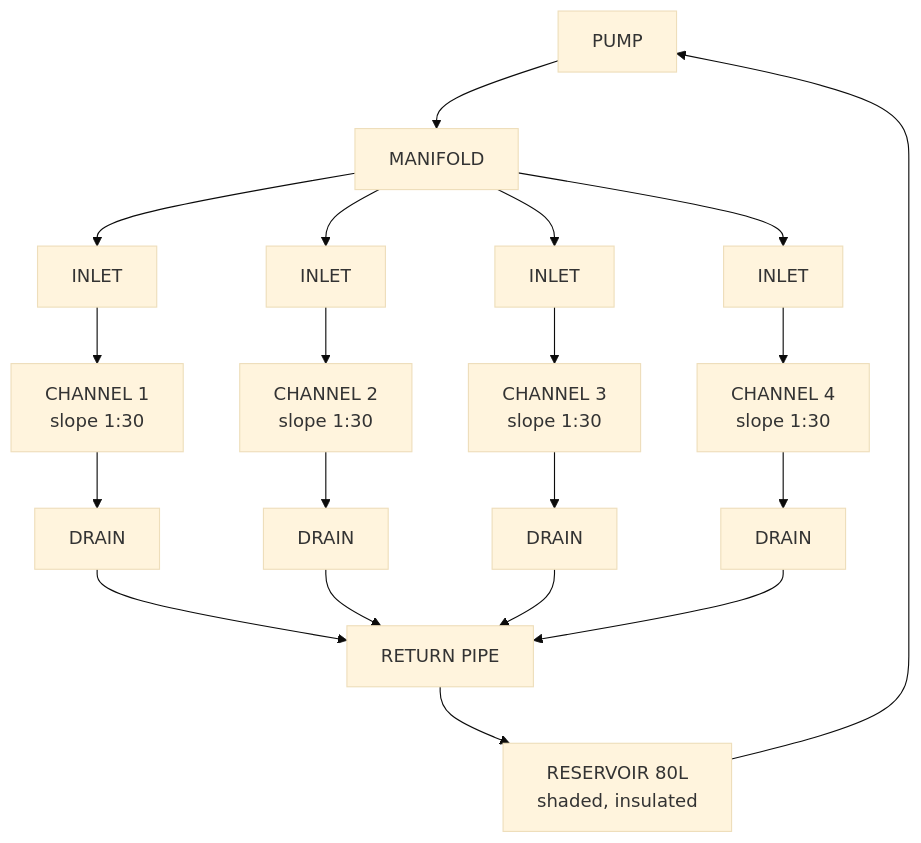
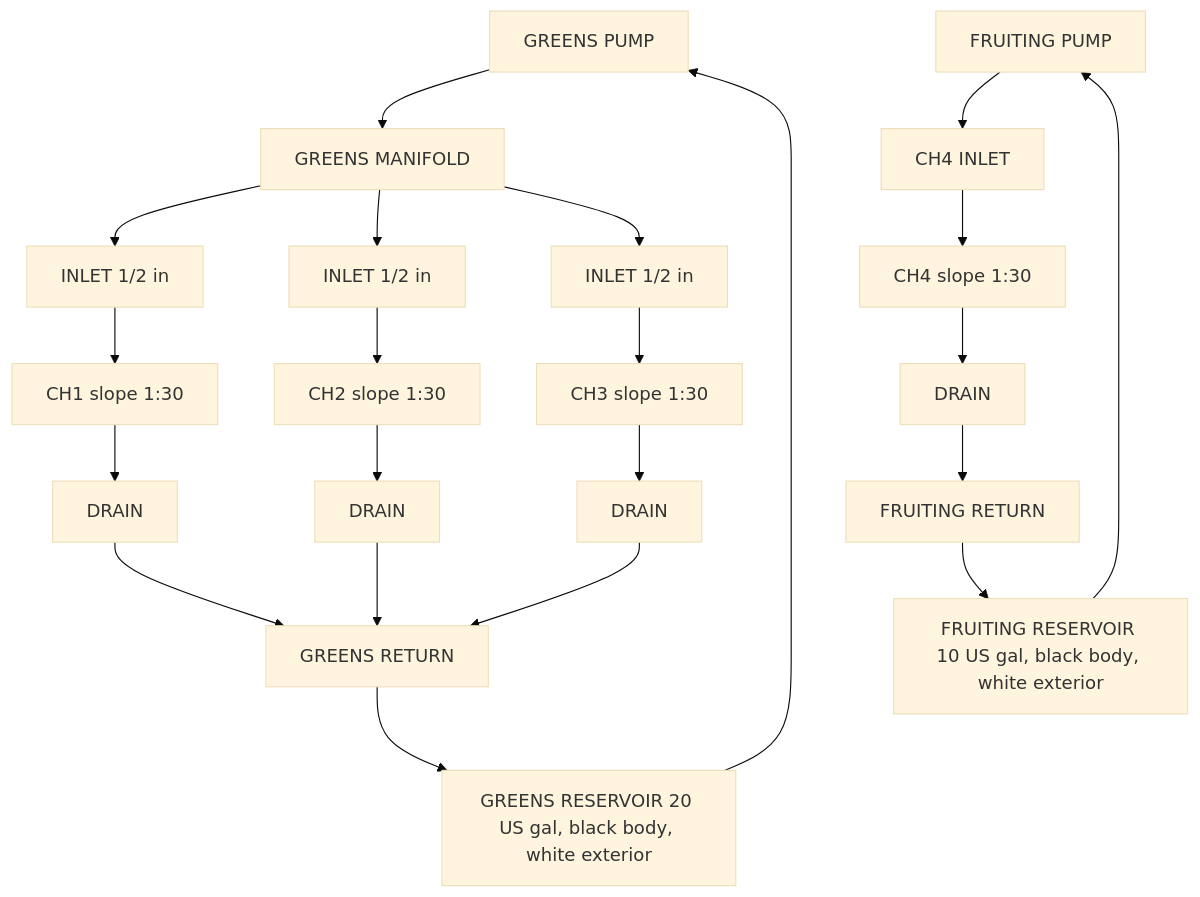
The second of 2 diagrams in guide/nft/00-system-overview.md (UncleJS/guide_hydroponics), drawn with Mermaid (base theme) before and after one commit. The commit also changed other lines of this file and 35 other files, not shown here.

````diff
--- a/guide/nft/00-system-overview.md
+++ b/guide/nft/00-system-overview.md
@@ -125,11 +153,16 @@
 ```mermaid
 flowchart TD
-    PUMP["PUMP"] --> MAN["MANIFOLD"]
-    MAN --> IN1["INLET"] --> CH1["CHANNEL 1<br/>slope 1:30"] --> DR1["DRAIN"]
-    MAN --> IN2["INLET"] --> CH2["CHANNEL 2<br/>slope 1:30"] --> DR2["DRAIN"]
-    MAN --> IN3["INLET"] --> CH3["CHANNEL 3<br/>slope 1:30"] --> DR3["DRAIN"]
-    MAN --> IN4["INLET"] --> CH4["CHANNEL 4<br/>slope 1:30"] --> DR4["DRAIN"]
-    DR1 & DR2 & DR3 & DR4 --> RP["RETURN PIPE"]
-    RP --> RES["RESERVOIR 80L<br/>shaded, insulated"]
-    RES --> PUMP
+    PUMPG["GREENS PUMP"] --> MANG["GREENS MANIFOLD"]
+    MANG --> IN1["INLET 1/2 in"] --> CH1["CH1 slope 1:30"] --> DR1["DRAIN"]
+    MANG --> IN2["INLET 1/2 in"] --> CH2["CH2 slope 1:30"] --> DR2["DRAIN"]
+    MANG --> IN3["INLET 1/2 in"] --> CH3["CH3 slope 1:30"] --> DR3["DRAIN"]
+    DR1 --> RPG["GREENS RETURN"]
+    DR2 --> RPG
+    DR3 --> RPG
+    RPG --> RESG["GREENS RESERVOIR 20 US gal, black body, white exterior"]
+    RESG --> PUMPG
+    PUMPF["FRUITING PUMP"] --> IN4["CH4 INLET"] --> CH4["CH4 slope 1:30"] --> DR4["DRAIN"]
+    DR4 --> RPF["FRUITING RETURN"]
+    RPF --> RESF["FRUITING RESERVOIR 10 US gal, black body, white exterior"]
+    RESF --> PUMPF
 ```
````
